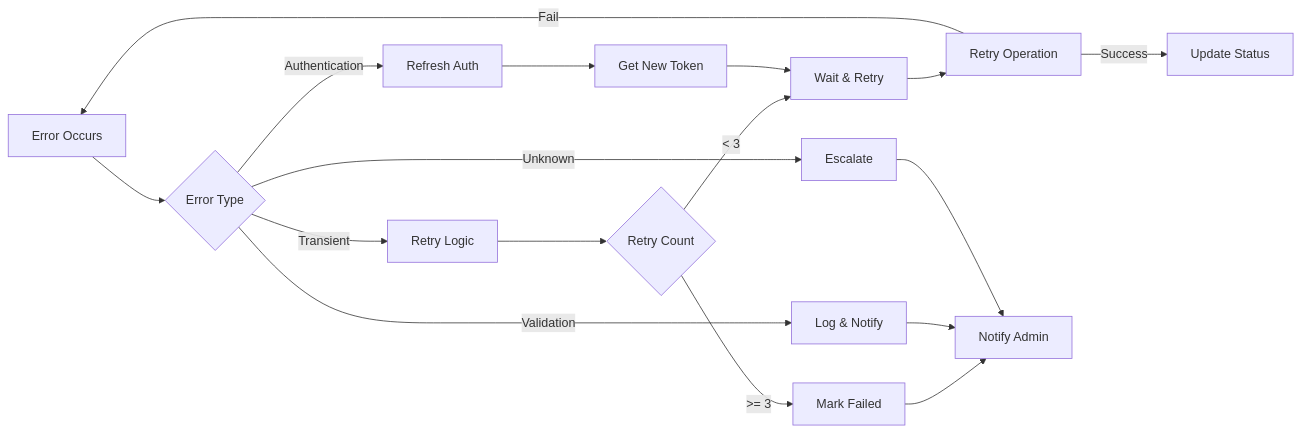
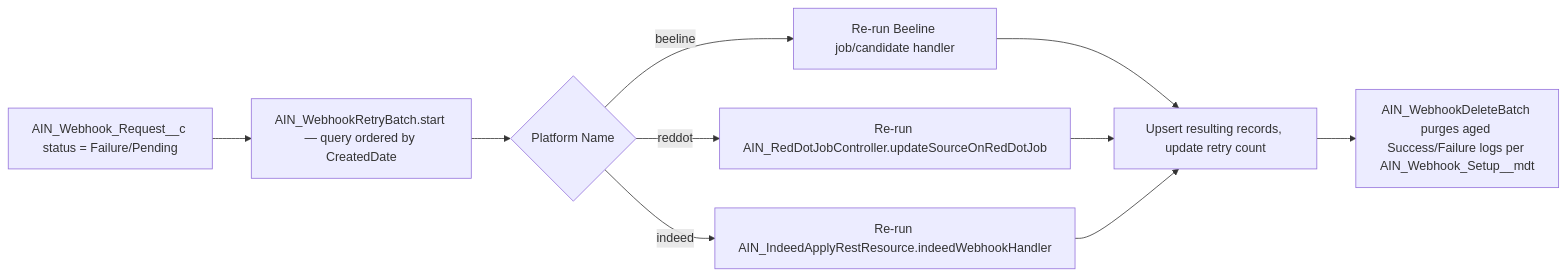
The seventh of 7 diagrams in AIN/AIN_Integration_Workflows_Documentation.md (asymblinc/ProductDocumentations), drawn with Mermaid before and after one commit. The commit also changed other lines of this file and 11 other files, not shown here.

First line of the commit message:
docs(AIN): refresh against asymbl-integration master, remove fabrication

````diff
--- a/AIN/AIN_Integration_Workflows_Documentation.md
+++ b/AIN/AIN_Integration_Workflows_Documentation.md
@@ -356,24 +145,12 @@
 ```mermaid
 flowchart LR
-    E[Error Occurs] --> C{Error Type}
-    
-    C -->|Transient| R[Retry Logic]
-    C -->|Authentication| A[Refresh Auth]
-    C -->|Validation| V[Log & Notify]
-    C -->|Unknown| U[Escalate]
-    
-    R --> R1{Retry Count}
-    R1 -->|< 3| W[Wait & Retry]
-    R1 -->|>= 3| F[Mark Failed]
-    
-    A --> A1[Get New Token]
-    A1 --> W
-    
-    W --> S[Retry Operation]
-    S -->|Success| OK[Update Status]
-    S -->|Fail| E
-    
-    F --> N[Notify Admin]
-    V --> N
-    U --> N
+    A[AIN_Webhook_Request__c status = Failure/Pending] --> B[AIN_WebhookRetryBatch.start — query ordered by CreatedDate]
+    B --> C{Platform Name}
+    C -->|beeline| D[Re-run Beeline job/candidate handler]
+    C -->|reddot| E[Re-run AIN_RedDotJobController.updateSourceOnRedDotJob]
+    C -->|indeed| F[Re-run AIN_IndeedApplyRestResource.indeedWebhookHandler]
+    D --> G[Upsert resulting records, update retry count]
+    E --> G
+    F --> G
+    G --> H[AIN_WebhookDeleteBatch purges aged Success/Failure logs per AIN_Webhook_Setup__mdt]
 ```
````
